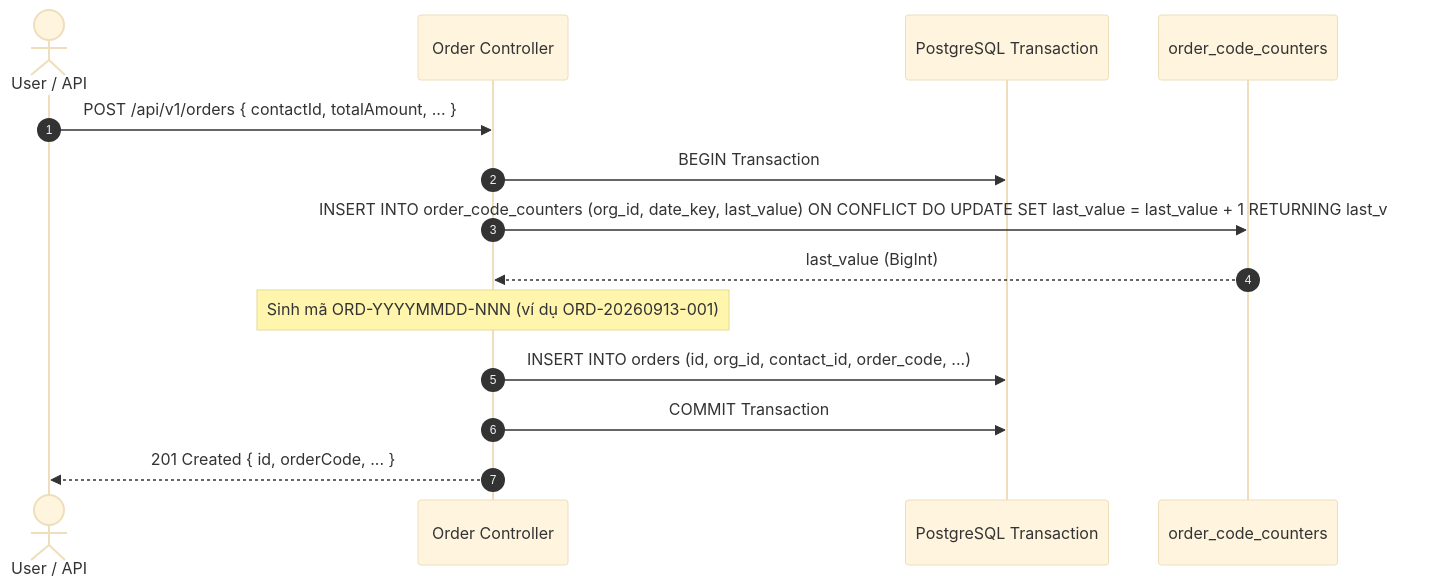
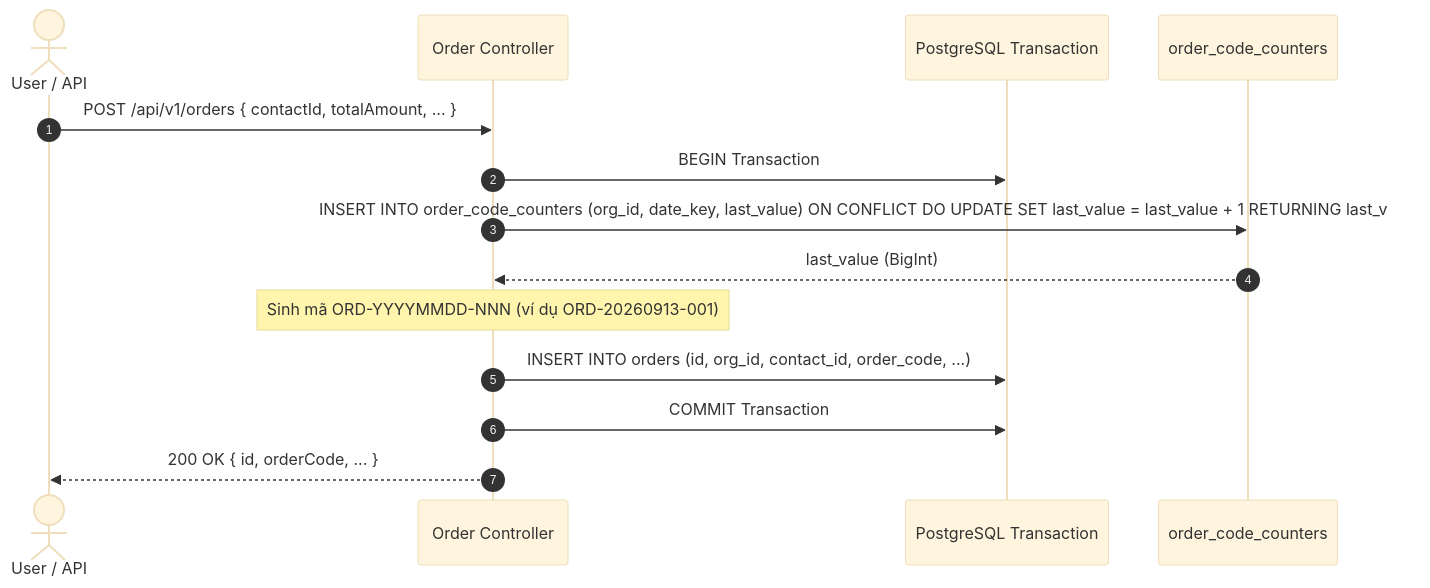
The third of 7 diagrams in docs/system-architecture.md (duynghien/ZaloCRM), drawn with Mermaid (base theme) before and after one commit. The commit also changed other lines of this file and 5 other files, not shown here.

Commit message:
docs: update architecture, roadmap, and code standards for edge case fixes

````diff
--- a/docs/system-architecture.md
+++ b/docs/system-architecture.md
@@ -129,17 +130,17 @@
 ```mermaid
 sequenceDiagram
     autonumber
     actor Client as User / API
     participant Fastify as Order Controller
     participant DB as PostgreSQL Transaction
     participant Counter as order_code_counters
 
     Client->>Fastify: POST /api/v1/orders { contactId, totalAmount, ... }
     Fastify->>DB: BEGIN Transaction
     Fastify->>Counter: INSERT INTO order_code_counters (org_id, date_key, last_value) ON CONFLICT DO UPDATE SET last_value = last_value + 1 RETURNING last_value
     Counter-->>Fastify: last_value (BigInt)
     Note over Fastify: Sinh mã ORD-YYYYMMDD-NNN (ví dụ ORD-20260913-001)
     Fastify->>DB: INSERT INTO orders (id, org_id, contact_id, order_code, ...)
     Fastify->>DB: COMMIT Transaction
-    Fastify-->>Client: 201 Created { id, orderCode, ... }
+    Fastify-->>Client: 200 OK { id, orderCode, ... }
 ```
````
